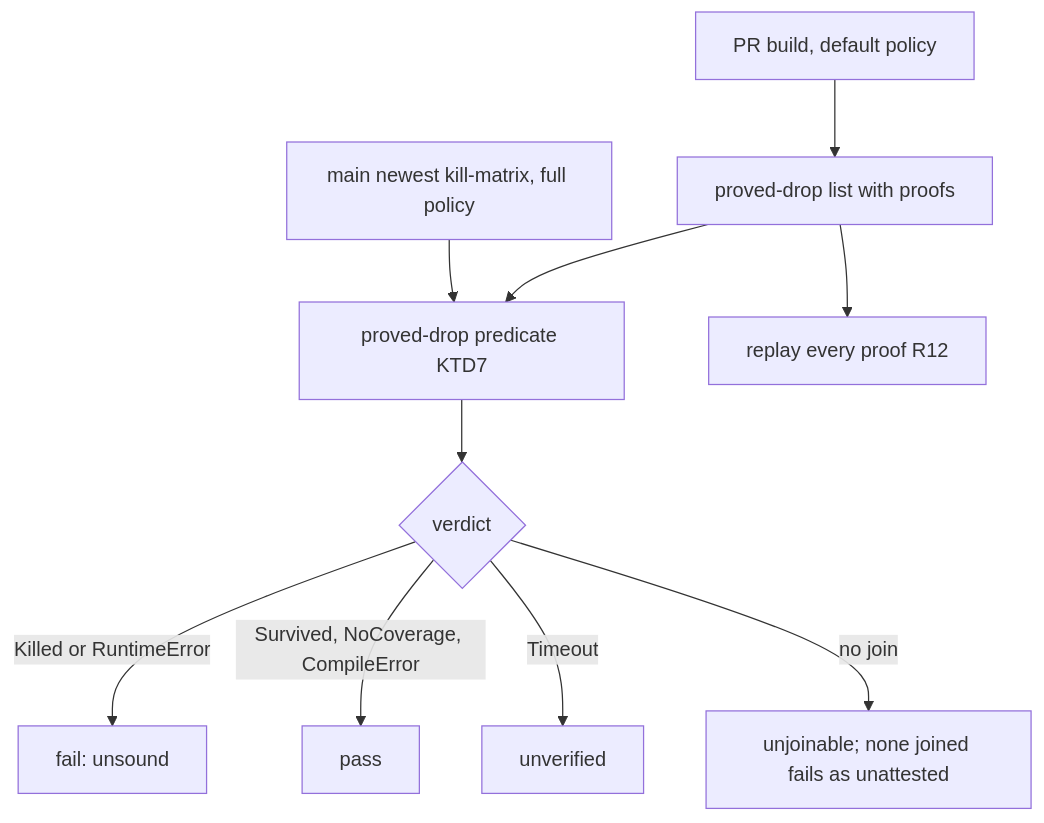
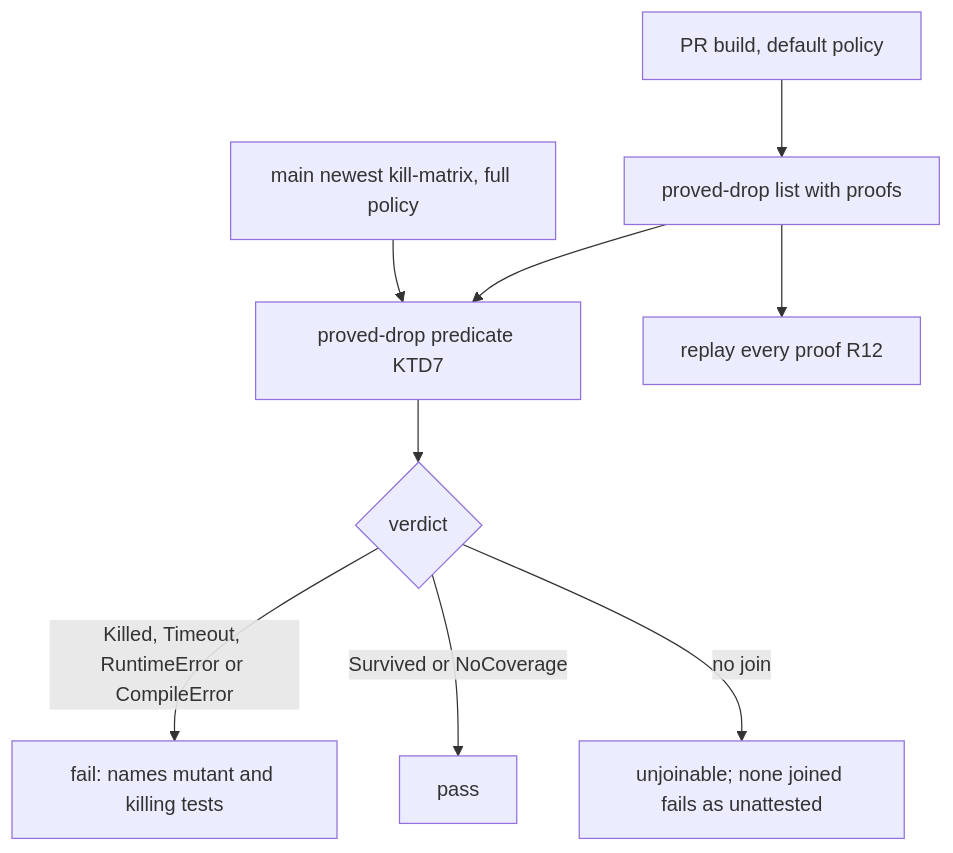
Before and after one commit to systemfsoftware/stryker-js-effect: the third of 3 diagrams in docs/plans/2026-10-13-0842-feat-smt-proved-equivalents-plan.md, drawn with Mermaid. The commit also changed other lines of this file, not shown here.

````diff
--- a/docs/plans/2026-10-13-0842-feat-smt-proved-equivalents-plan.md
+++ b/docs/plans/2026-10-13-0842-feat-smt-proved-equivalents-plan.md
@@ -238,12 +240,11 @@
 ```mermaid
 flowchart TB
   B[PR build, default policy] --> D[proved-drop list with proofs]
   K[main newest kill-matrix, full policy] --> Q[proved-drop predicate KTD7]
   D --> Q
   D --> RP[replay every proof R12]
   Q --> V{verdict}
-  V -->|Killed or RuntimeError| F[fail: unsound]
-  V -->|Survived, NoCoverage, CompileError| OK[pass]
-  V -->|Timeout| U[unverified]
+  V -->|Killed, Timeout, RuntimeError or CompileError| F[fail: names mutant and killing tests]
+  V -->|Survived or NoCoverage| OK[pass]
   V -->|no join| UJ[unjoinable; none joined fails as unattested]
 ```
````
